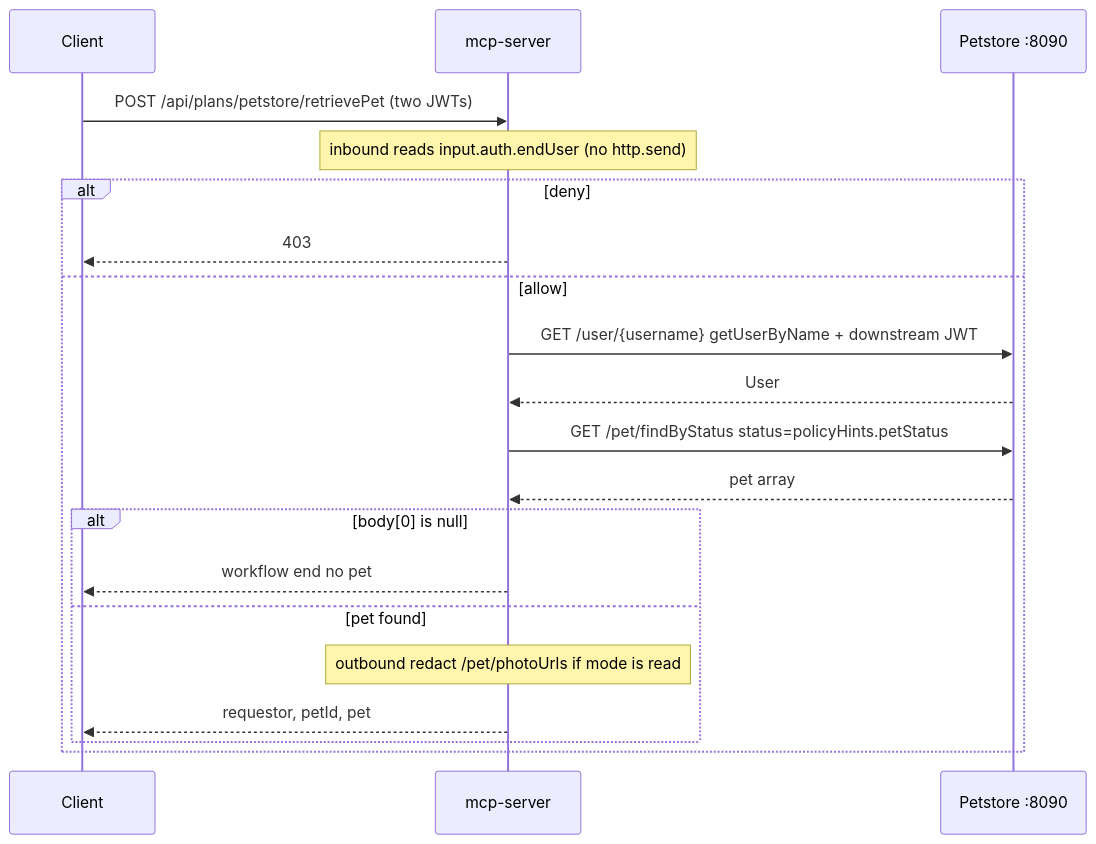
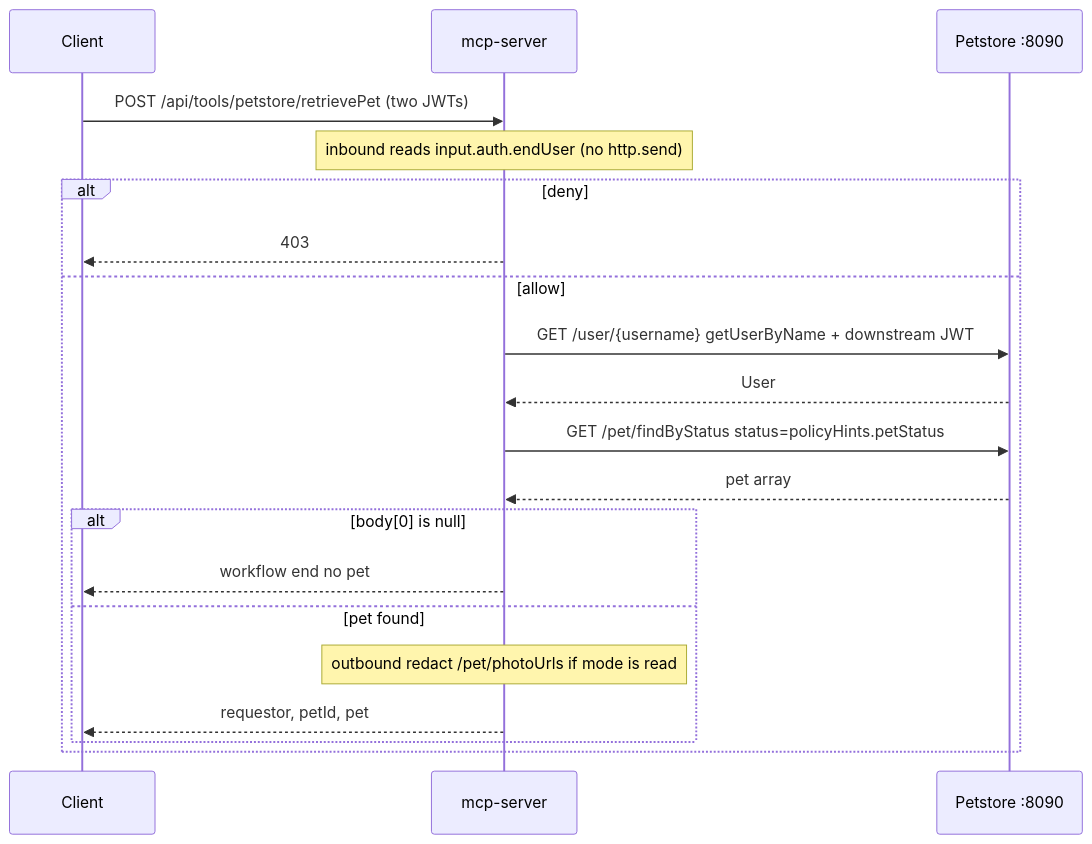
One commit to mevansam/context-mesh-engine changed the fourth of 10 diagrams in examples/petstore/README.md. Above: the diagram before and after it, drawn with Mermaid. The commit also changed other lines of this file, not shown here.

First line of the commit message:
Update README.md to reflect new API endpoint structure and security requirements

````diff
--- a/examples/petstore/README.md
+++ b/examples/petstore/README.md
@@ -266,23 +276,23 @@
 ```mermaid
 sequenceDiagram
   participant C as Client
   participant H as mcp-server
   participant P as Petstore :8090
 
-  C->>H: POST /api/plans/petstore/retrievePet (two JWTs)
+  C->>H: POST /api/tools/petstore/retrievePet (two JWTs)
   Note over H: inbound reads input.auth.endUser (no http.send)
   alt deny
     H-->>C: 403
   else allow
     H->>P: GET /user/{username} getUserByName + downstream JWT
     P-->>H: User
     H->>P: GET /pet/findByStatus status=policyHints.petStatus
     P-->>H: pet array
     alt body[0] is null
       H-->>C: workflow end no pet
     else pet found
       Note over H: outbound redact /pet/photoUrls if mode is read
       H-->>C: requestor, petId, pet
     end
   end
 ```
````
